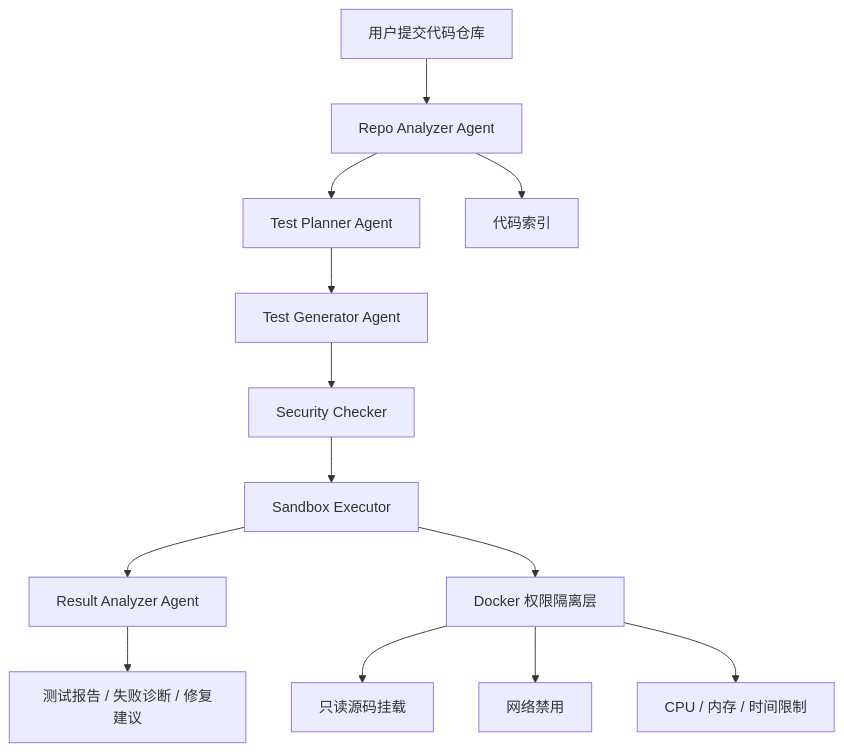
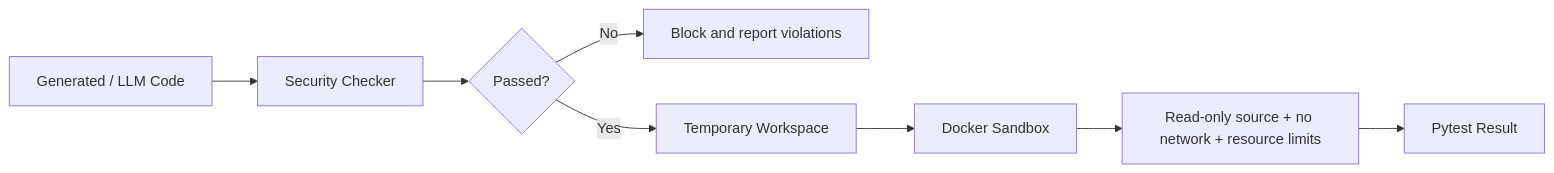
Before and after one commit to Isaacsen/cs599-project: the second of 3 diagrams in docs/architecture.md, drawn with Mermaid. The commit also changed other lines of this file and 4 other files, not shown here.

Commit message:
Redesign architecture for software engineer agent

````diff
--- a/docs/architecture.md
+++ b/docs/architecture.md
@@ -28,16 +119,10 @@
 ```mermaid
-flowchart TD
-    A["用户提交代码仓库"] --> B["Repo Analyzer Agent"]
-    B --> C["Test Planner Agent"]
-    C --> D["Test Generator Agent"]
-    D --> E["Security Checker"]
-    E --> F["Sandbox Executor"]
-    F --> G["Result Analyzer Agent"]
-    G --> H["测试报告 / 失败诊断 / 修复建议"]
-
-    B --> I["代码索引"]
-    F --> J["Docker 权限隔离层"]
-    J --> K["只读源码挂载"]
-    J --> L["网络禁用"]
-    J --> M["CPU / 内存 / 时间限制"]
+flowchart LR
+    A["Generated / LLM Code"] --> B["Security Checker"]
+    B --> C{"Passed?"}
+    C -->|No| D["Block and report violations"]
+    C -->|Yes| E["Temporary Workspace"]
+    E --> F["Docker Sandbox"]
+    F --> G["Read-only source + no network + resource limits"]
+    G --> H["Pytest Result"]
 ```
````
